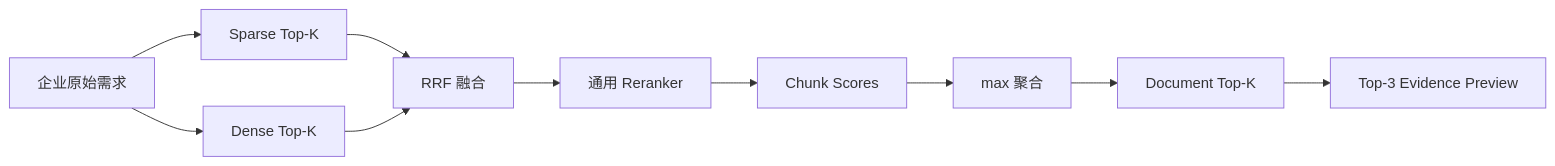
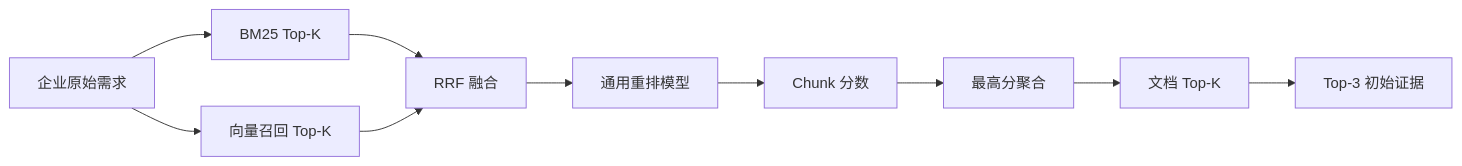
The second of 4 diagrams in technical-report-v1.md (NozomiX1/NozomiX1.github.io), drawn with Mermaid before and after one commit. The commit also changed other lines of this file and 3 other files, not shown here.

````diff
--- a/technical-report-v1.md
+++ b/technical-report-v1.md
@@ -182,12 +197,12 @@
 ```mermaid
 flowchart LR
-    Q[企业原始需求] --> S[Sparse Top-K]
-    Q --> D[Dense Top-K]
+    Q[企业原始需求] --> S[BM25 Top-K]
+    Q --> D[向量召回 Top-K]
     S --> RRF[RRF 融合]
     D --> RRF
-    RRF --> RR[通用 Reranker]
-    RR --> CS[Chunk Scores]
-    CS --> AGG[max 聚合]
-    AGG --> DOC[Document Top-K]
-    DOC --> EV[Top-3 Evidence Preview]
+    RRF --> RR[通用重排模型]
+    RR --> CS[Chunk 分数]
+    CS --> AGG[最高分聚合]
+    AGG --> DOC[文档 Top-K]
+    DOC --> EV[Top-3 初始证据]
 ```
````
